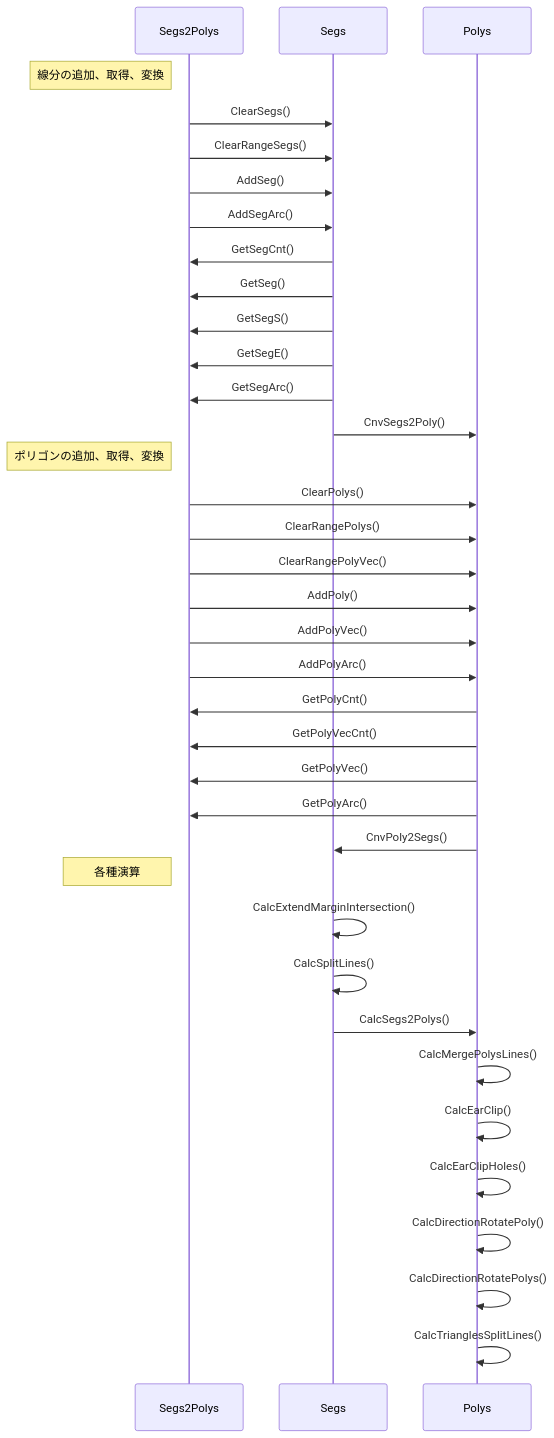
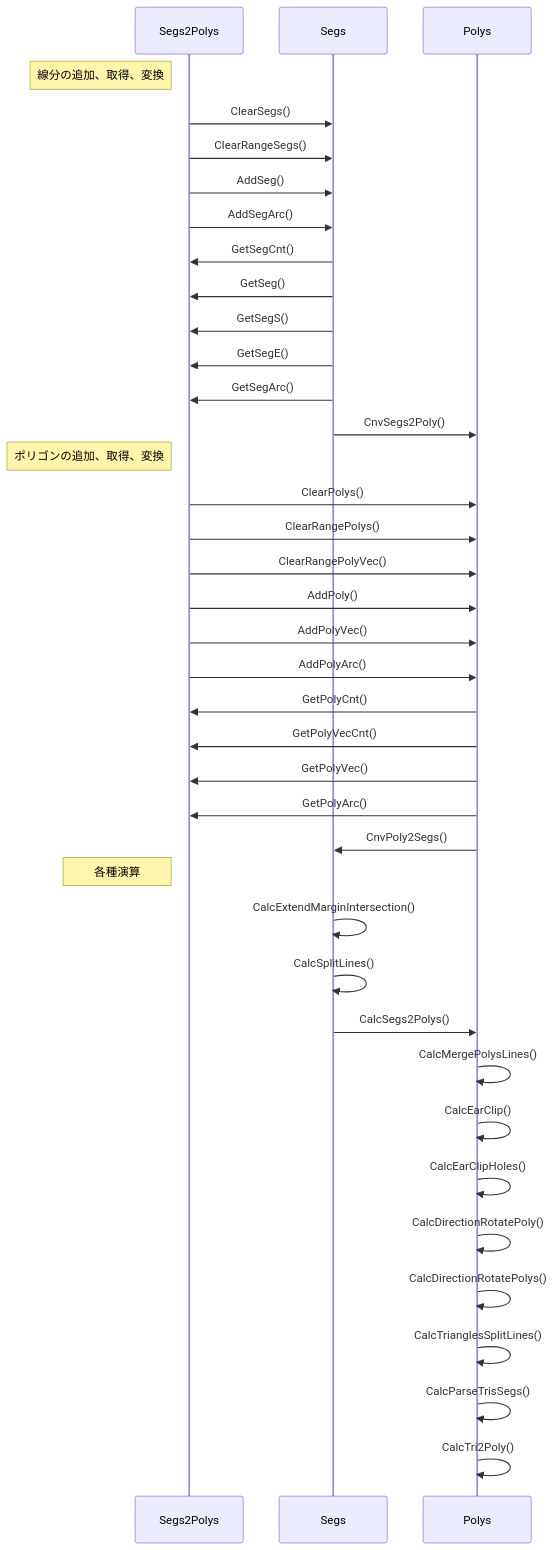
One commit to sr-kentiku/Segs2Polys changed the diagram in doc/dllのエクスポートされた関数の使い方.md. Above: the diagram before and after it, drawn with Mermaid. The commit also changed other lines of this file and 6 other files, not shown here.

````diff
--- a/doc/dllのエクスポートされた関数の使い方.md
+++ b/doc/dllのエクスポートされた関数の使い方.md
@@ -28,38 +28,40 @@
 ```mermaid
 sequenceDiagram
     Note left of Segs2Polys: 線分の追加、取得、変換
     Segs2Polys ->> Segs: ClearSegs()
     Segs2Polys ->> Segs: ClearRangeSegs()
     Segs2Polys ->> Segs: AddSeg()
     Segs2Polys ->> Segs: AddSegArc()
     Segs ->> Segs2Polys: GetSegCnt()
     Segs ->> Segs2Polys: GetSeg()
     Segs ->> Segs2Polys: GetSegS()
     Segs ->> Segs2Polys: GetSegE()
     Segs ->> Segs2Polys: GetSegArc()
     Segs ->> Polys: CnvSegs2Poly()
 
     Note left of Segs2Polys: ポリゴンの追加、取得、変換
     Segs2Polys ->> Polys: ClearPolys()
     Segs2Polys ->> Polys: ClearRangePolys()
     Segs2Polys ->> Polys: ClearRangePolyVec()
     Segs2Polys ->> Polys: AddPoly()
     Segs2Polys ->> Polys: AddPolyVec()
     Segs2Polys ->> Polys: AddPolyArc()
     Polys ->> Segs2Polys: GetPolyCnt()
     Polys ->> Segs2Polys: GetPolyVecCnt()
     Polys ->> Segs2Polys: GetPolyVec()
     Polys ->> Segs2Polys: GetPolyArc()
     Polys ->> Segs: CnvPoly2Segs()
 
     Note left of Segs2Polys: 各種演算
     Segs ->> Segs: CalcExtendMarginIntersection()
     Segs ->> Segs: CalcSplitLines()
     Segs ->> Polys: CalcSegs2Polys()
     Polys ->> Polys: CalcMergePolysLines()
     Polys ->> Polys: CalcEarClip()
     Polys ->> Polys: CalcEarClipHoles()
     Polys ->> Polys: CalcDirectionRotatePoly()
     Polys ->> Polys: CalcDirectionRotatePolys()
     Polys ->> Polys: CalcTrianglesSplitLines()
+    Polys ->> Polys: CalcParseTrisSegs()
+    Polys ->> Polys: CalcTri2Poly()
 ```
````
